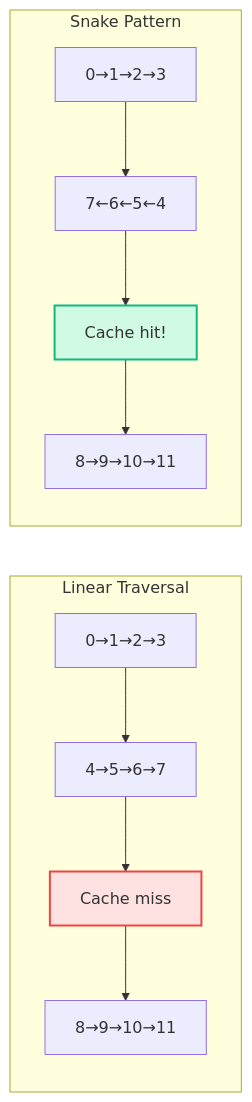
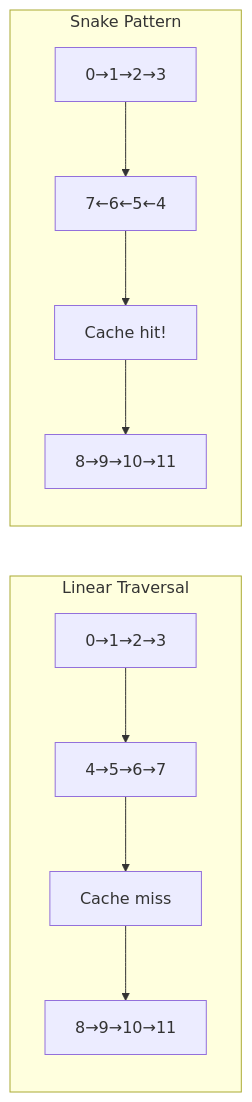
The second of 2 diagrams in projects/composablekernel/docs/conceptual/ck_tile/load_store_traits.rst (hdt98/rocm-libraries), drawn with Mermaid before and after one commit. The commit also changed other lines of this file and 21 other files, not shown here.

First line of the commit message:
[ck] Updated CK Tile documentation to use mermaid diagrams (#7955)

```diff
--- a/projects/composablekernel/docs/conceptual/ck_tile/load_store_traits.rst
+++ b/projects/composablekernel/docs/conceptual/ck_tile/load_store_traits.rst
@@ -178,27 +161,24 @@
-      .. mermaid::
-      
-         graph LR
-             subgraph "Linear Traversal"
-                 L1["0→1→2→3"]
-                 L2["4→5→6→7"]
-                 L3["Cache miss"]
-                 L4["8→9→10→11"]
-             end
-             
-             subgraph "Snake Pattern"
-                 S1["0→1→2→3"]
-                 S2["7←6←5←4"]
-                 S3["Cache hit!"]
-                 S4["8→9→10→11"]
-             end
-             
-             L1 --> L2
-             L2 --> L3
-             L3 --> L4
-             
-             S1 --> S2
-             S2 --> S3
-             S3 --> S4
-             
-             style L3 fill:#fee2e2,stroke:#ef4444,stroke-width:2px
-             style S3 fill:#d1fae5,stroke:#10b981,stroke-width:2px
+.. mermaid::
+
+   graph LR
+       subgraph "Linear Traversal"
+           L1["0→1→2→3"]
+           L2["4→5→6→7"]
+           L3["Cache miss"]
+           L4["8→9→10→11"]
+       end
+
+       subgraph "Snake Pattern"
+           S1["0→1→2→3"]
+           S2["7←6←5←4"]
+           S3["Cache hit!"]
+           S4["8→9→10→11"]
+       end
+
+       L1 --> L2
+       L2 --> L3
+       L3 --> L4
+
+       S1 --> S2
+       S2 --> S3
+       S3 --> S4
```
